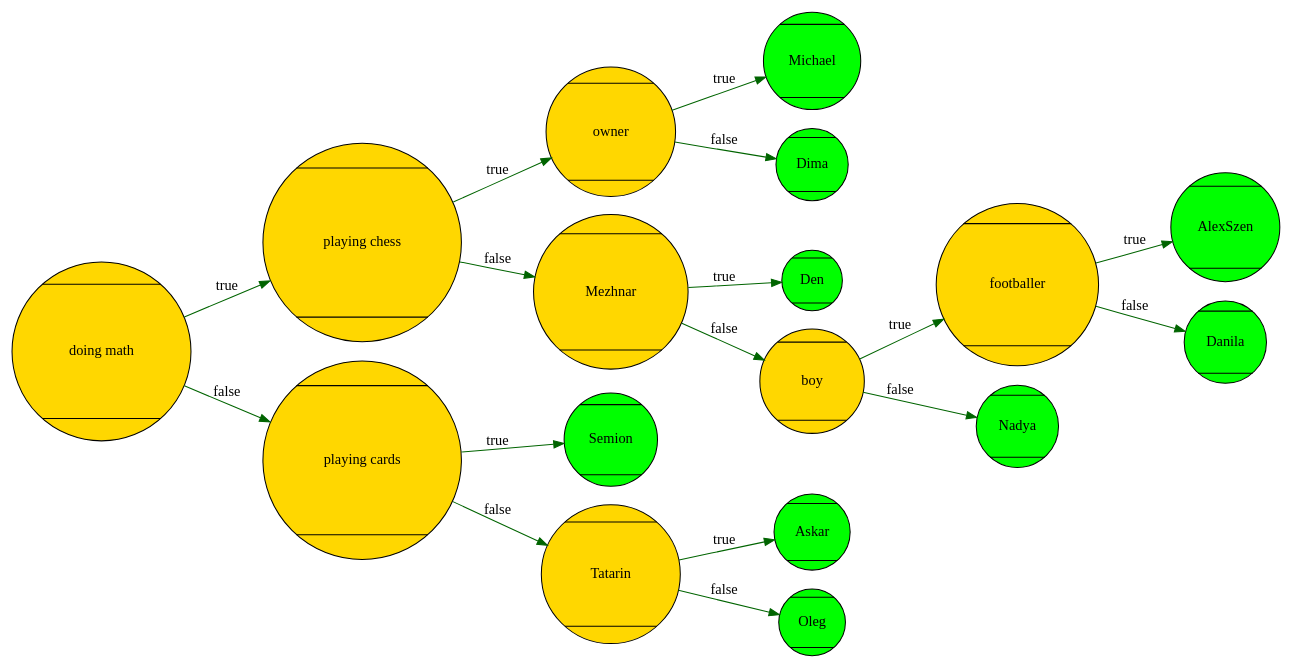
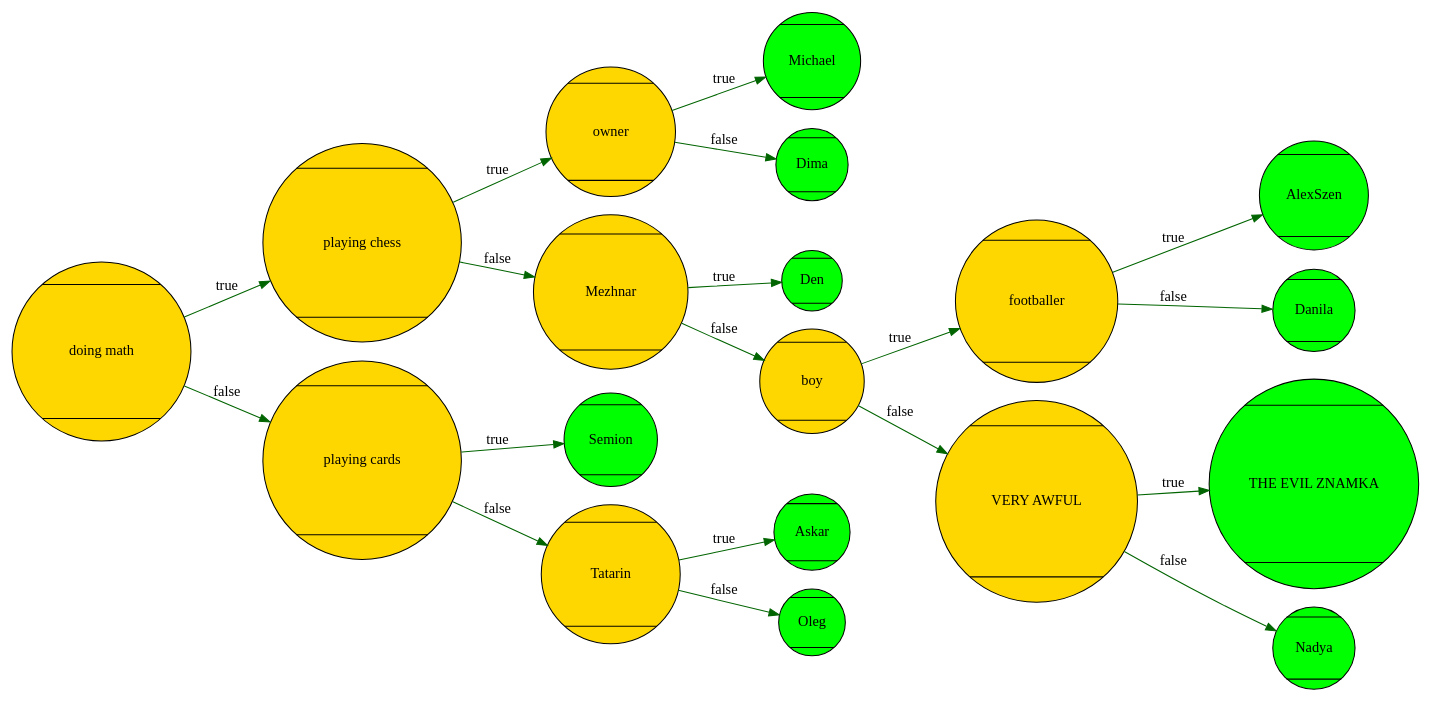
One commit to Mikipaw/Akinator changed the diagram in UserGraph.dot. Above: the diagram before and after it, drawn with Graphviz. The commit also changed 5 other files, not shown here.

```diff
--- a/UserGraph.dot
+++ b/UserGraph.dot
@@ -1,56 +1,62 @@
 digraph G{
 edge [color = "darkgreen"];
 rankdir = "LR";
 node [shape = Mcircle];
 node [color = "#000000", shape = Mcircle];
-node0x561e26543400[ style = "filled, rounded", fillcolor = "gold"]node0x561e26543400 [label="	doing math
+node0x55fd6b090400[ style = "filled, rounded", fillcolor = "gold"]node0x55fd6b090400 [label="	doing math
 "];
-node0x561e26544700[ style = "filled, rounded", fillcolor = "gold"]node0x561e26544700 [label="	playing chess
+node0x55fd6b091720[ style = "filled, rounded", fillcolor = "gold"]node0x55fd6b091720 [label="	playing chess
 "];
-node0x561e26544760[ style = "filled, rounded", fillcolor = "gold"]node0x561e26544760 [label="	owner
+node0x55fd6b091780[ style = "filled, rounded", fillcolor = "gold"]node0x55fd6b091780 [label="	owner
 "];
-node0x561e265447c0[ style = "filled, rounded", fillcolor = "lime"]node0x561e265447c0 [label="Michael
+node0x55fd6b0917e0[ style = "filled, rounded", fillcolor = "lime"]node0x55fd6b0917e0 [label="Michael
 "];
-node0x561e26544820[ style = "filled, rounded", fillcolor = "lime"]node0x561e26544820 [label="Dima
+node0x55fd6b091840[ style = "filled, rounded", fillcolor = "lime"]node0x55fd6b091840 [label="Dima
 "];
-node0x561e26544880[ style = "filled, rounded", fillcolor = "gold"]node0x561e26544880 [label="	Mezhnar
+node0x55fd6b0918a0[ style = "filled, rounded", fillcolor = "gold"]node0x55fd6b0918a0 [label="	Mezhnar
 "];
-node0x561e265448e0[ style = "filled, rounded", fillcolor = "lime"]node0x561e265448e0 [label="Den
+node0x55fd6b091900[ style = "filled, rounded", fillcolor = "lime"]node0x55fd6b091900 [label="Den
 "];
-node0x561e26544940[ style = "filled, rounded", fillcolor = "gold"]node0x561e26544940 [label="	boy
+node0x55fd6b091960[ style = "filled, rounded", fillcolor = "gold"]node0x55fd6b091960 [label="	boy
 "];
-node0x561e265449a0[ style = "filled, rounded", fillcolor = "gold"]node0x561e265449a0 [label="	footballer
+node0x55fd6b0919c0[ style = "filled, rounded", fillcolor = "gold"]node0x55fd6b0919c0 [label="	footballer
 "];
-node0x561e26544a00[ style = "filled, rounded", fillcolor = "lime"]node0x561e26544a00 [label="AlexSzen
+node0x55fd6b091a20[ style = "filled, rounded", fillcolor = "lime"]node0x55fd6b091a20 [label="AlexSzen
 "];
-node0x561e26544a60[ style = "filled, rounded", fillcolor = "lime"]node0x561e26544a60 [label="Danila
+node0x55fd6b091a80[ style = "filled, rounded", fillcolor = "lime"]node0x55fd6b091a80 [label="Danila
 "];
-node0x561e26544ac0[ style = "filled, rounded", fillcolor = "lime"]node0x561e26544ac0 [label="Nadya
+node0x55fd6b091ae0[ style = "filled, rounded", fillcolor = "gold"]node0x55fd6b091ae0 [label="	VERY AWFUL
 "];
-node0x561e26544b20[ style = "filled, rounded", fillcolor = "gold"]node0x561e26544b20 [label="	playing cards
+node0x55fd6b091b40[ style = "filled, rounded", fillcolor = "lime"]node0x55fd6b091b40 [label="THE EVIL ZNAMKA
 "];
-node0x561e26544b80[ style = "filled, rounded", fillcolor = "lime"]node0x561e26544b80 [label="Semion
+node0x55fd6b091ba0[ style = "filled, rounded", fillcolor = "lime"]node0x55fd6b091ba0 [label="Nadya
 "];
-node0x561e26544be0[ style = "filled, rounded", fillcolor = "gold"]node0x561e26544be0 [label="	Tatarin
+node0x55fd6b091c00[ style = "filled, rounded", fillcolor = "gold"]node0x55fd6b091c00 [label="	playing cards
 "];
-node0x561e26544c40[ style = "filled, rounded", fillcolor = "lime"]node0x561e26544c40 [label="Askar
+node0x55fd6b091c60[ style = "filled, rounded", fillcolor = "lime"]node0x55fd6b091c60 [label="Semion
 "];
-node0x561e26544ca0[ style = "filled, rounded", fillcolor = "lime"]node0x561e26544ca0 [label="Oleg
+node0x55fd6b091cc0[ style = "filled, rounded", fillcolor = "gold"]node0x55fd6b091cc0 [label="	Tatarin
 "];
-node0x561e26543400 -> node0x561e26544b20 [label="false"];
-node0x561e26544b20 -> node0x561e26544be0 [label="false"];
-node0x561e26544be0 -> node0x561e26544ca0 [label="false"];
-node0x561e26544be0 -> node0x561e26544c40 [label="true"];
-node0x561e26544b20 -> node0x561e26544b80 [label="true"];
-node0x561e26543400 -> node0x561e26544700 [label="true"];
-node0x561e26544700 -> node0x561e26544880 [label="false"];
-node0x561e26544880 -> node0x561e26544940 [label="false"];
-node0x561e26544940 -> node0x561e26544ac0 [label="false"];
-node0x561e26544940 -> node0x561e265449a0 [label="true"];
-node0x561e265449a0 -> node0x561e26544a60 [label="false"];
-node0x561e265449a0 -> node0x561e26544a00 [label="true"];
-node0x561e26544880 -> node0x561e265448e0 [label="true"];
-node0x561e26544700 -> node0x561e26544760 [label="true"];
-node0x561e26544760 -> node0x561e26544820 [label="false"];
-node0x561e26544760 -> node0x561e265447c0 [label="true"];
+node0x55fd6b091d20[ style = "filled, rounded", fillcolor = "lime"]node0x55fd6b091d20 [label="Askar
+"];
+node0x55fd6b091d80[ style = "filled, rounded", fillcolor = "lime"]node0x55fd6b091d80 [label="Oleg
+"];
+node0x55fd6b090400 -> node0x55fd6b091c00 [label="false"];
+node0x55fd6b091c00 -> node0x55fd6b091cc0 [label="false"];
+node0x55fd6b091cc0 -> node0x55fd6b091d80 [label="false"];
+node0x55fd6b091cc0 -> node0x55fd6b091d20 [label="true"];
+node0x55fd6b091c00 -> node0x55fd6b091c60 [label="true"];
+node0x55fd6b090400 -> node0x55fd6b091720 [label="true"];
+node0x55fd6b091720 -> node0x55fd6b0918a0 [label="false"];
+node0x55fd6b0918a0 -> node0x55fd6b091960 [label="false"];
+node0x55fd6b091960 -> node0x55fd6b091ae0 [label="false"];
+node0x55fd6b091ae0 -> node0x55fd6b091ba0 [label="false"];
+node0x55fd6b091ae0 -> node0x55fd6b091b40 [label="true"];
+node0x55fd6b091960 -> node0x55fd6b0919c0 [label="true"];
+node0x55fd6b0919c0 -> node0x55fd6b091a80 [label="false"];
+node0x55fd6b0919c0 -> node0x55fd6b091a20 [label="true"];
+node0x55fd6b0918a0 -> node0x55fd6b091900 [label="true"];
+node0x55fd6b091720 -> node0x55fd6b091780 [label="true"];
+node0x55fd6b091780 -> node0x55fd6b091840 [label="false"];
+node0x55fd6b091780 -> node0x55fd6b0917e0 [label="true"];
 }
```
